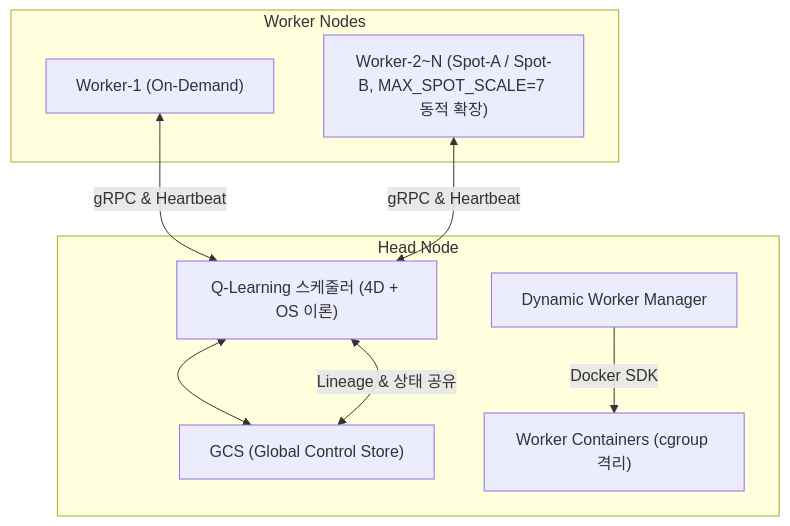
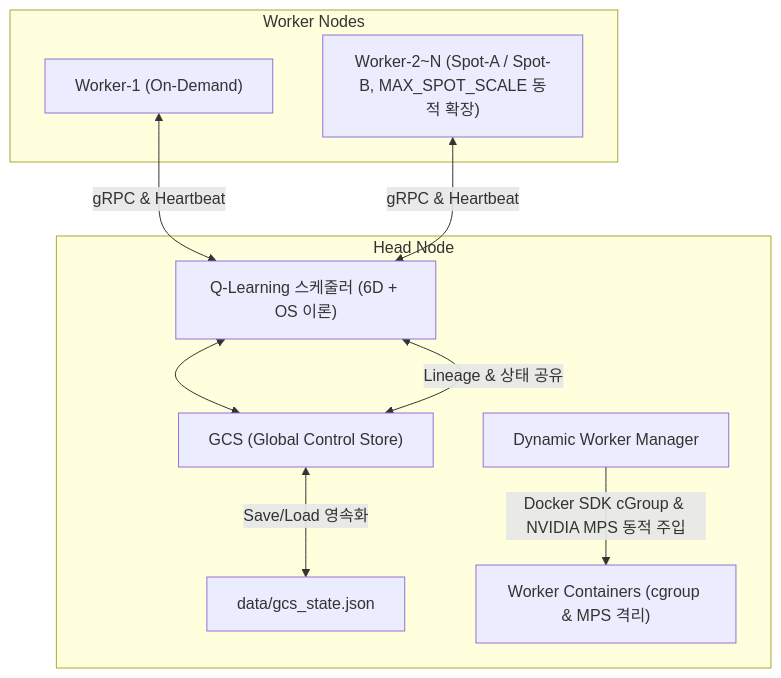
The diagram in project_proposal.md (kokopop08/-WE-MEET-Docker), drawn with Mermaid before and after one commit. The commit also changed other lines of this file and 9 other files, not shown here.

````diff
--- a/project_proposal.md
+++ b/project_proposal.md
@@ -67,14 +67,15 @@
 ```mermaid
 graph TD
     subgraph Head Node
-        Scheduler["Q-Learning 스케줄러 (4D + OS 이론)"] <--> GCS["GCS (Global Control Store)"]
-        ScaleManager["Dynamic Worker Manager"] -->|Docker SDK| Containers["Worker Containers (cgroup 격리)"]
+        Scheduler["Q-Learning 스케줄러 (6D + OS 이론)"] <--> GCS["GCS (Global Control Store)"]
+        GCS <-->|Save/Load 영속화| GCSDisk["data/gcs_state.json"]
+        ScaleManager["Dynamic Worker Manager"] -->|Docker SDK cGroup & NVIDIA MPS 동적 주입| Containers["Worker Containers (cgroup & MPS 격리)"]
     end
     
     subgraph Worker Nodes
         W1["Worker-1 (On-Demand)"] <-->|gRPC & Heartbeat| Scheduler
-        W2["Worker-2~N (Spot-A / Spot-B, MAX_SPOT_SCALE=7 동적 확장)"] <-->|gRPC & Heartbeat| Scheduler
+        W2["Worker-2~N (Spot-A / Spot-B, MAX_SPOT_SCALE 동적 확장)"] <-->|gRPC & Heartbeat| Scheduler
     end
     
     GCS <-->|Lineage & 상태 공유| Scheduler
 ```
````
